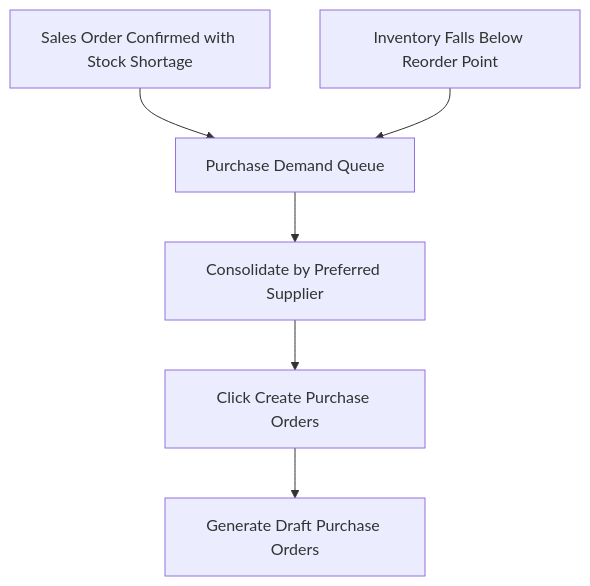
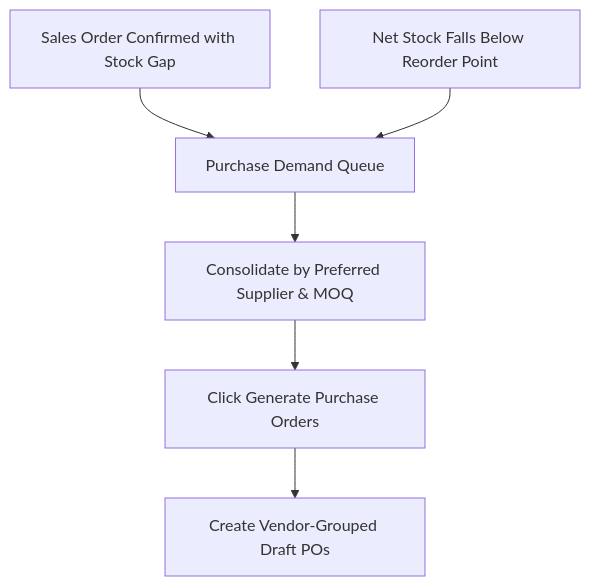
One commit to herobmdotcom/herobm changed the diagram in docs/user/purchase_demands.md. Above: the diagram before and after it, drawn with Mermaid. The commit also changed other lines of this file and 168 other files, not shown here.

````diff
--- a/docs/user/purchase_demands.md
+++ b/docs/user/purchase_demands.md
@@ -37,8 +43,8 @@
 ```mermaid
 flowchart TD
-    A[Sales Order Confirmed with Stock Shortage] --> C[Purchase Demand Queue]
-    B[Inventory Falls Below Reorder Point] --> C
-    C --> D[Consolidate by Preferred Supplier]
-    D --> E[Click Create Purchase Orders]
-    E --> F[Generate Draft Purchase Orders]
+    A[Sales Order Confirmed with Stock Gap] --> C[Purchase Demand Queue]
+    B[Net Stock Falls Below Reorder Point] --> C
+    C --> D[Consolidate by Preferred Supplier & MOQ]
+    D --> E[Click Generate Purchase Orders]
+    E --> F[Create Vendor-Grouped Draft POs]
 ```
````
